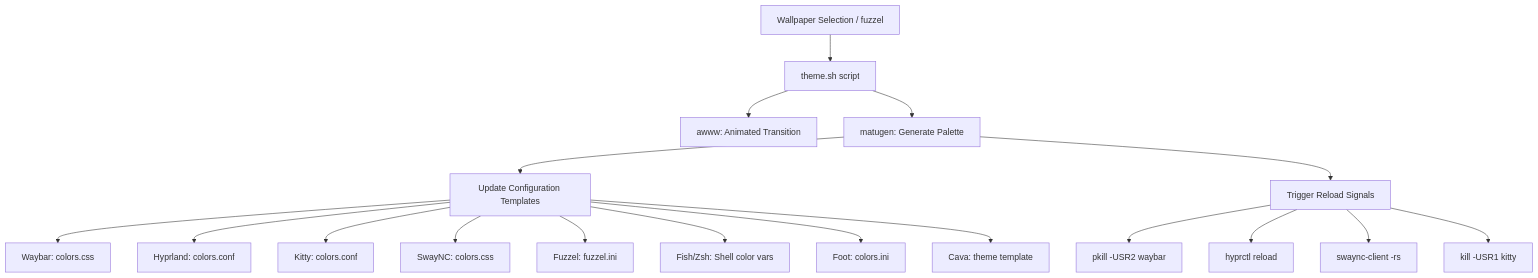
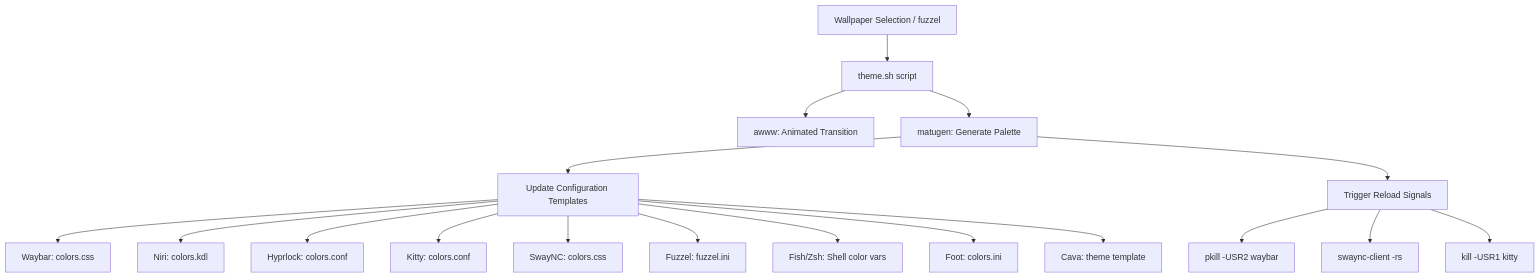
The diagram in README.md (insaneodyssey26/hyprland), drawn with Mermaid before and after one commit. The commit also changed other lines of this file and 11 other files, not shown here.

````diff
--- a/README.md
+++ b/README.md
@@ -35,22 +35,22 @@
 ```mermaid
 graph TD
     A[Wallpaper Selection / fuzzel] --> B[theme.sh script]
     B --> C[awww: Animated Transition]
     B --> D[matugen: Generate Palette]
     D --> E[Update Configuration Templates]
     D --> F[Trigger Reload Signals]
     
     E --> E1[Waybar: colors.css]
-    E --> E2[Hyprland: colors.conf]
-    E --> E3[Kitty: colors.conf]
-    E --> E4[SwayNC: colors.css]
-    E --> E5[Fuzzel: fuzzel.ini]
-    E --> E6[Fish/Zsh: Shell color vars]
-    E --> E7[Foot: colors.ini]
-    E --> E8[Cava: theme template]
+    E --> E2[Niri: colors.kdl]
+    E --> E3[Hyprlock: colors.conf]
+    E --> E4[Kitty: colors.conf]
+    E --> E5[SwayNC: colors.css]
+    E --> E6[Fuzzel: fuzzel.ini]
+    E --> E7[Fish/Zsh: Shell color vars]
+    E --> E8[Foot: colors.ini]
+    E --> E9[Cava: theme template]
     
     F --> F1[pkill -USR2 waybar]
-    F --> F2[hyprctl reload]
-    F --> F3[swaync-client -rs]
-    F --> F4[kill -USR1 kitty]
+    F --> F2[swaync-client -rs]
+    F --> F3[kill -USR1 kitty]
 ```
````
